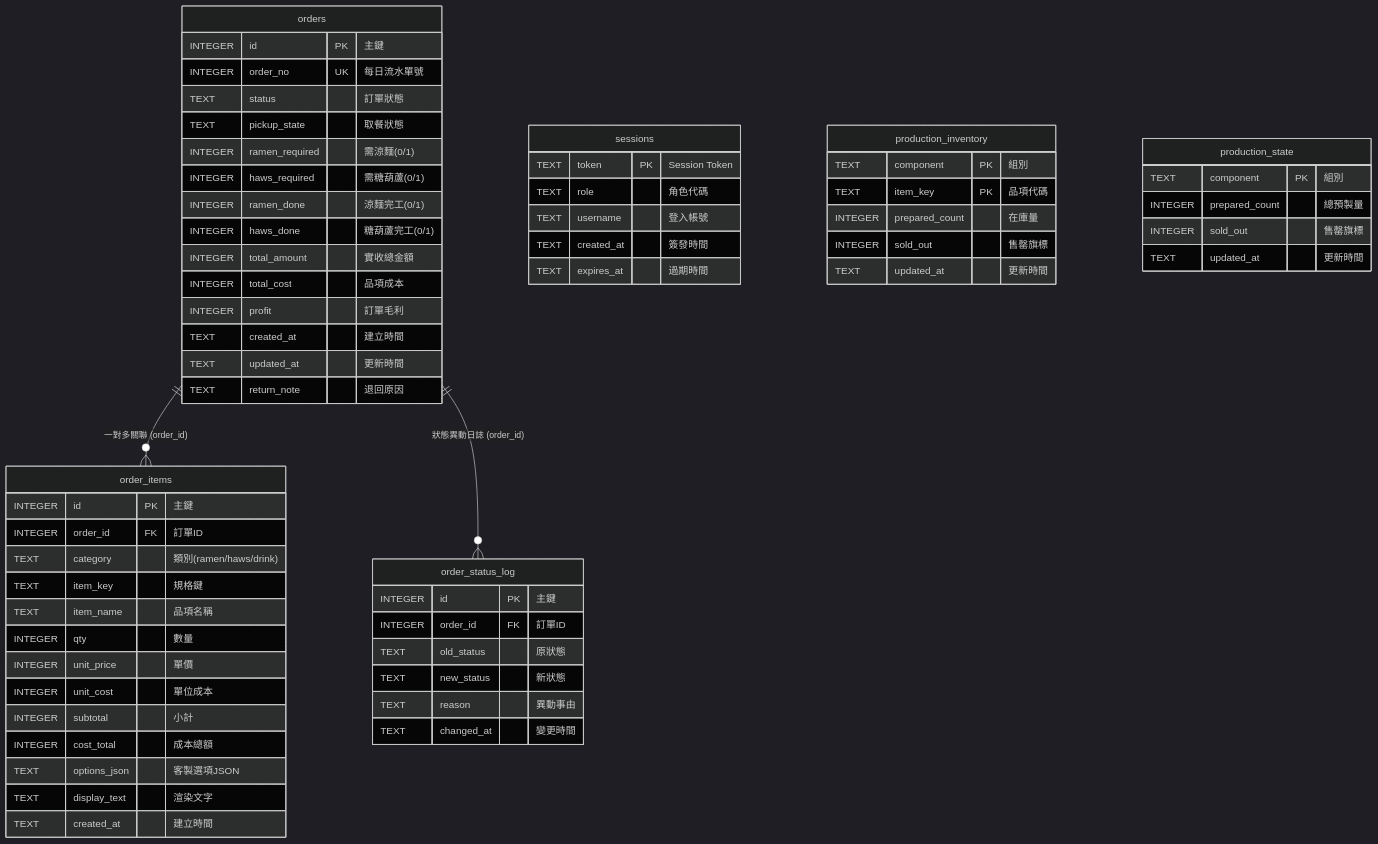
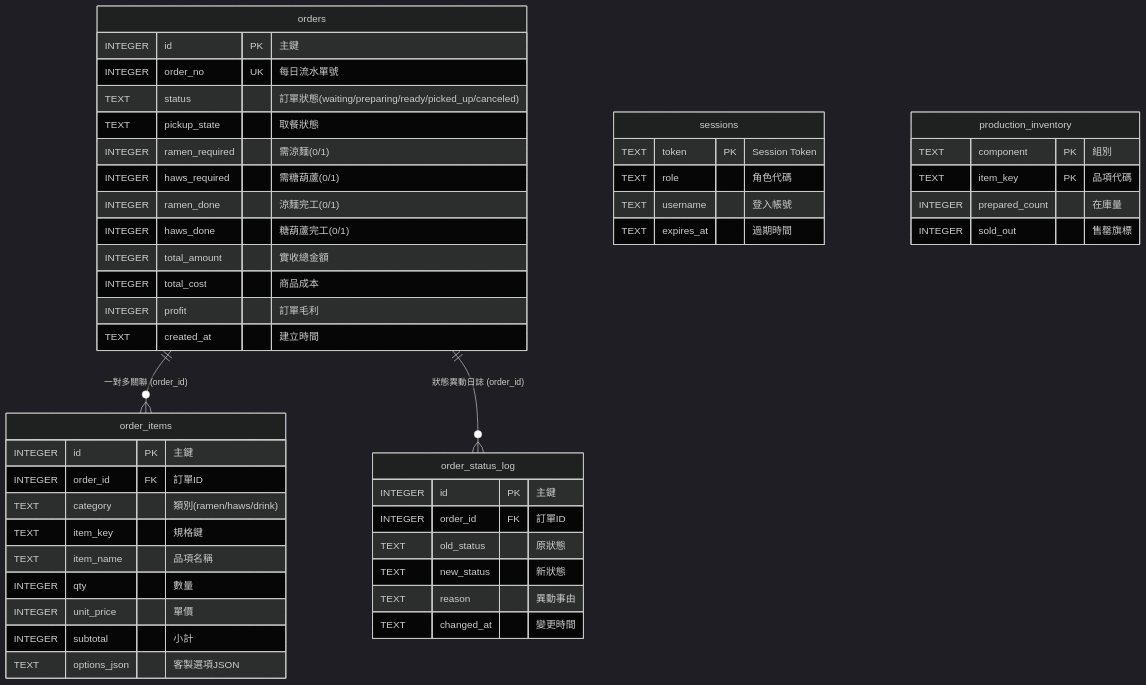
The third of 3 diagrams in README.md (ytconch/Cashier-System), drawn with Mermaid (dark theme) before and after one commit. The commit also changed other lines of this file, not shown here.

````diff
--- a/README.md
+++ b/README.md
@@ -221,70 +162,55 @@
 ```mermaid
 erDiagram
     orders ||--o{ order_items : "一對多關聯 (order_id)"
     orders ||--o{ order_status_log : "狀態異動日誌 (order_id)"
     
     orders {
         INTEGER id PK "主鍵"
         INTEGER order_no UK "每日流水單號"
-        TEXT status "訂單狀態"
+        TEXT status "訂單狀態(waiting/preparing/ready/picked_up/canceled)"
         TEXT pickup_state "取餐狀態"
         INTEGER ramen_required "需涼麵(0/1)"
         INTEGER haws_required "需糖葫蘆(0/1)"
         INTEGER ramen_done "涼麵完工(0/1)"
         INTEGER haws_done "糖葫蘆完工(0/1)"
         INTEGER total_amount "實收總金額"
-        INTEGER total_cost "品項成本"
+        INTEGER total_cost "商品成本"
         INTEGER profit "訂單毛利"
         TEXT created_at "建立時間"
-        TEXT updated_at "更新時間"
-        TEXT return_note "退回原因"
     }
 
     order_items {
         INTEGER id PK "主鍵"
         INTEGER order_id FK "訂單ID"
         TEXT category "類別(ramen/haws/drink)"
         TEXT item_key "規格鍵"
         TEXT item_name "品項名稱"
         INTEGER qty "數量"
         INTEGER unit_price "單價"
-        INTEGER unit_cost "單位成本"
         INTEGER subtotal "小計"
-        INTEGER cost_total "成本總額"
         TEXT options_json "客製選項JSON"
-        TEXT display_text "渲染文字"
-        TEXT created_at "建立時間"
     }
 
     order_status_log {
         INTEGER id PK "主鍵"
         INTEGER order_id FK "訂單ID"
         TEXT old_status "原狀態"
         TEXT new_status "新狀態"
         TEXT reason "異動事由"
         TEXT changed_at "變更時間"
     }
 
     sessions {
         TEXT token PK "Session Token"
         TEXT role "角色代碼"
         TEXT username "登入帳號"
-        TEXT created_at "簽發時間"
         TEXT expires_at "過期時間"
     }
 
     production_inventory {
         TEXT component PK "組別"
         TEXT item_key PK "品項代碼"
         INTEGER prepared_count "在庫量"
         INTEGER sold_out "售罄旗標"
-        TEXT updated_at "更新時間"
-    }
-
-    production_state {
-        TEXT component PK "組別"
-        INTEGER prepared_count "總預製量"
-        INTEGER sold_out "售罄旗標"
-        TEXT updated_at "更新時間"
     }
 ```
````
